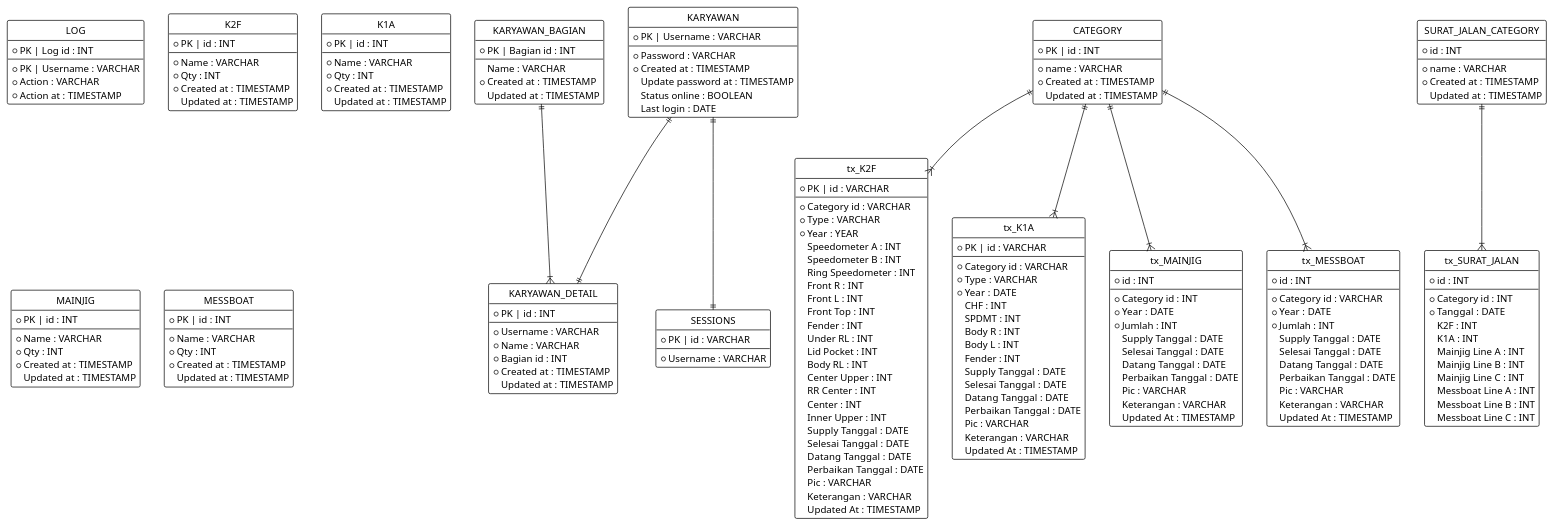
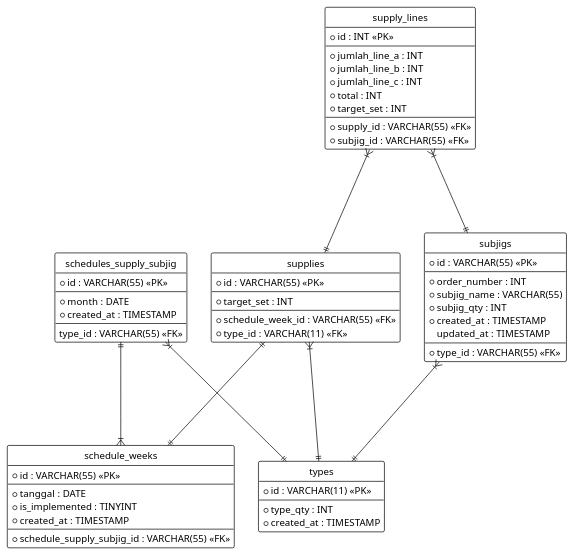
One commit to marlisumarli/hanger-scheduling changed the diagram in Diagrams/ERD.puml. Above: the diagram before and after it, drawn with PlantUML. The commit also changed 358 other files, not shown here.

```diff
--- a/Diagrams/ERD.puml
+++ b/Diagrams/ERD.puml
@@ -3,203 +3,71 @@
 hide circle
 !theme plain
 
-entity KARYAWAN{
-* PK | Username : VARCHAR
+entity schedules_supply_subjig {
+*id : VARCHAR(55) <<PK>>
 --
-* Password : VARCHAR
-* Created at : TIMESTAMP
-Update password at : TIMESTAMP
-Status online : BOOLEAN
-Last login : DATE
+*month : DATE
+*created_at : TIMESTAMP
+--
+type_id : VARCHAR(55) <<FK>>
 }
 
-entity KARYAWAN_DETAIL{
-* PK | id : INT
+entity schedule_weeks {
+* id : VARCHAR(55) <<PK>>
 --
-* Username : VARCHAR
-* Name : VARCHAR
-* Bagian id : INT
-* Created at : TIMESTAMP
-Updated at : TIMESTAMP
+*tanggal : DATE
+*is_implemented : TINYINT
+*created_at : TIMESTAMP
+--
+*schedule_supply_subjig_id : VARCHAR(55) <<FK>>
 }
 
-entity KARYAWAN_BAGIAN{
-* PK | Bagian id : INT
+entity supplies {
+*id : VARCHAR(55) <<PK>>
 --
-Name : VARCHAR
-* Created at : TIMESTAMP
-Updated at : TIMESTAMP
+*target_set : INT
+--
+*schedule_week_id : VARCHAR(55) <<FK>>
+*type_id : VARCHAR(11) <<FK>>
 }
 
-entity SESSIONS{
-* PK | id : VARCHAR
+entity types {
+*id : VARCHAR(11) <<PK>>
 --
-* Username : VARCHAR
+*type_qty : INT
+*created_at : TIMESTAMP
 }
 
-entity LOG{
-* PK | Log id : INT
+entity subjigs {
+*id : VARCHAR(55) <<PK>>
 --
-* PK | Username : VARCHAR
-* Action : VARCHAR
-* Action at : TIMESTAMP
+*order_number : INT
+*subjig_name : VARCHAR(55)
+*subjig_qty : INT
+*created_at : TIMESTAMP
+updated_at : TIMESTAMP
+--
+*type_id : VARCHAR(55) <<FK>>
 }
 
-entity CATEGORY{
-* PK | id : INT
+entity supply_lines {
+*id : INT <<PK>>
 --
-* name : VARCHAR
-* Created at : TIMESTAMP
-Updated at : TIMESTAMP
+*jumlah_line_a : INT
+*jumlah_line_b : INT
+*jumlah_line_c : INT
+*total : INT
+*target_set : INT
+--
+*supply_id : VARCHAR(55) <<FK>>
+*subjig_id : VARCHAR(55) <<FK>>
 }
 
-entity K2F{
-* PK | id : INT
---
-* Name : VARCHAR
-* Qty : INT
-* Created at : TIMESTAMP
-Updated at : TIMESTAMP
-}
-
-entity K1A{
-* PK | id : INT
---
-* Name : VARCHAR
-* Qty : INT
-* Created at : TIMESTAMP
-Updated at : TIMESTAMP
-}
-
-entity MAINJIG{
-* PK | id : INT
---
-* Name : VARCHAR
-* Qty : INT
-* Created at : TIMESTAMP
-Updated at : TIMESTAMP
-}
-
-entity MESSBOAT{
-* PK | id : INT
---
-* Name : VARCHAR
-* Qty : INT
-* Created at : TIMESTAMP
-Updated at : TIMESTAMP
-}
-
-entity tx_K2F{
-* PK | id : VARCHAR
---
-* Category id : VARCHAR
-* Type : VARCHAR
-* Year : YEAR
-Speedometer A : INT
-Speedometer B : INT
-Ring Speedometer : INT
-Front R : INT
-Front L : INT
-Front Top : INT
-Fender : INT
-Under RL : INT
-Lid Pocket : INT
-Body RL : INT
-Center Upper : INT
-RR Center : INT
-Center : INT
-Inner Upper : INT
-Supply Tanggal : DATE
-Selesai Tanggal : DATE
-Datang Tanggal : DATE
-Perbaikan Tanggal : DATE
-Pic : VARCHAR
-Keterangan : VARCHAR
-Updated At : TIMESTAMP
-}
-
-entity tx_K1A{
-* PK | id : VARCHAR
---
-* Category id : VARCHAR
-* Type : VARCHAR
-* Year : DATE
-CHF : INT
-SPDMT : INT
-Body R : INT
-Body L : INT
-Fender : INT
-Supply Tanggal : DATE
-Selesai Tanggal : DATE
-Datang Tanggal : DATE
-Perbaikan Tanggal : DATE
-Pic : VARCHAR
-Keterangan : VARCHAR
-Updated At : TIMESTAMP
-}
-
-entity tx_MAINJIG{
-* id : INT
---
-* Category id : INT
-* Year : DATE
-* Jumlah : INT
-Supply Tanggal : DATE
-Selesai Tanggal : DATE
-Datang Tanggal : DATE
-Perbaikan Tanggal : DATE
-Pic : VARCHAR
-Keterangan : VARCHAR
-Updated At : TIMESTAMP
-}
-
-entity tx_MESSBOAT{
-* id : INT
---
-* Category id : VARCHAR
-* Year : DATE
-* Jumlah : INT
-Supply Tanggal : DATE
-Selesai Tanggal : DATE
-Datang Tanggal : DATE
-Perbaikan Tanggal : DATE
-Pic : VARCHAR
-Keterangan : VARCHAR
-Updated At : TIMESTAMP
-}
-
-
-
-entity SURAT_JALAN_CATEGORY{
-* id : INT
---
-* name : VARCHAR
-* Created at : TIMESTAMP
-Updated at : TIMESTAMP
-}
-
-entity tx_SURAT_JALAN{
-* id : INT
---
-* Category id : INT
-* Tanggal : DATE
-K2F : INT
-K1A : INT
-Mainjig Line A : INT
-Mainjig Line B : INT
-Mainjig Line C : INT
-Messboat Line A : INT
-Messboat Line B : INT
-Messboat Line C : INT
-}
-
-KARYAWAN_BAGIAN||--|{KARYAWAN_DETAIL
-KARYAWAN||--||KARYAWAN_DETAIL
-KARYAWAN||--||SESSIONS
-CATEGORY||--|{tx_K2F
-CATEGORY||--|{tx_K1A
-CATEGORY||--|{tx_MAINJIG
-CATEGORY||--|{tx_MESSBOAT
-SURAT_JALAN_CATEGORY||--|{tx_SURAT_JALAN
-
+schedules_supply_subjig}|---||types
+schedules_supply_subjig||---|{schedule_weeks
+supplies||---||schedule_weeks
+subjigs}|---||types
+supply_lines}|---||subjigs
+supply_lines}|---||supplies
+supplies}|---||types
 @enduml
```
